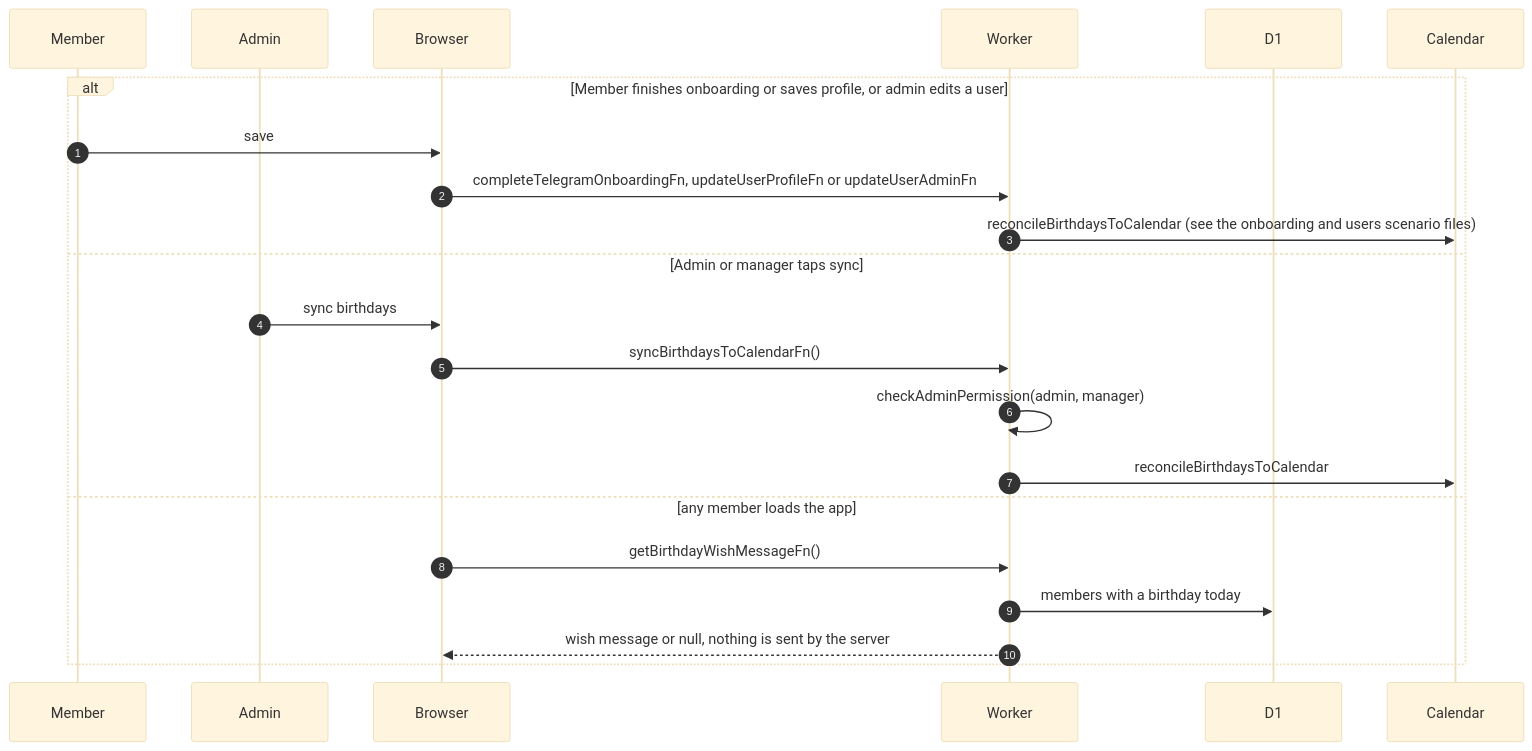
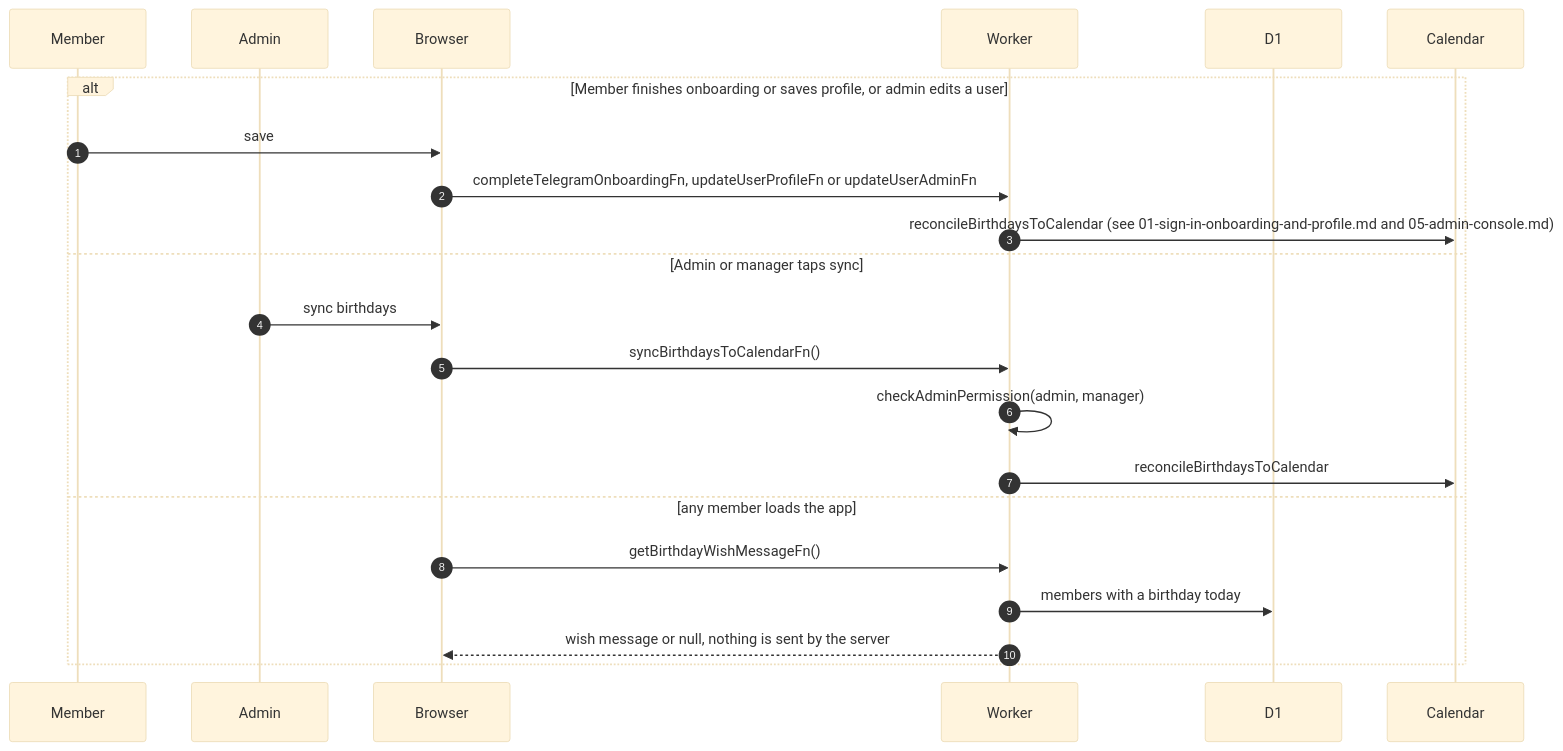
The ninth of 9 diagrams in docs/scenarios/10-cron-albums-and-housekeeping.md (sagyzdop/meriksirat), drawn with Mermaid (base theme) before and after one commit. The commit also changed other lines of this file and 7 other files, not shown here.

````diff
--- a/docs/scenarios/10-cron-albums-and-housekeeping.md
+++ b/docs/scenarios/10-cron-albums-and-housekeeping.md
@@ -474,25 +474,25 @@
 ```mermaid
 sequenceDiagram
   autonumber
   participant Member
   participant Admin
   participant Browser
   participant Worker
   participant D1
   participant Calendar
 
   alt Member finishes onboarding or saves profile, or admin edits a user
     Member->>Browser: save
     Browser->>Worker: completeTelegramOnboardingFn, updateUserProfileFn or updateUserAdminFn
-    Worker->>Calendar: reconcileBirthdaysToCalendar (see the onboarding and users scenario files)
+    Worker->>Calendar: reconcileBirthdaysToCalendar (see 01-sign-in-onboarding-and-profile.md and 05-admin-console.md)
   else Admin or manager taps sync
     Admin->>Browser: sync birthdays
     Browser->>Worker: syncBirthdaysToCalendarFn()
     Worker->>Worker: checkAdminPermission(admin, manager)
     Worker->>Calendar: reconcileBirthdaysToCalendar
   else any member loads the app
     Browser->>Worker: getBirthdayWishMessageFn()
     Worker->>D1: members with a birthday today
     Worker-->>Browser: wish message or null, nothing is sent by the server
   end
 ```
````
